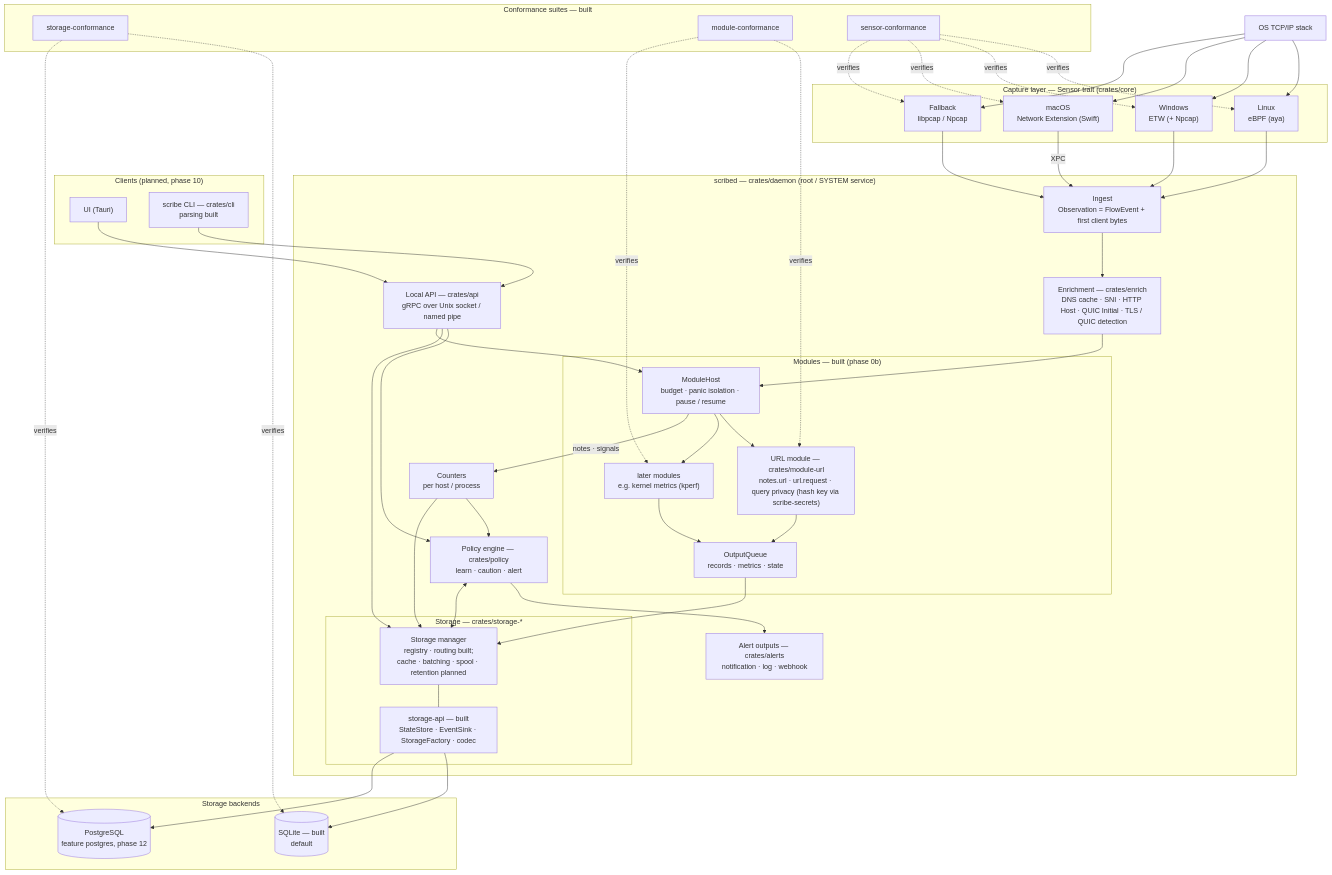
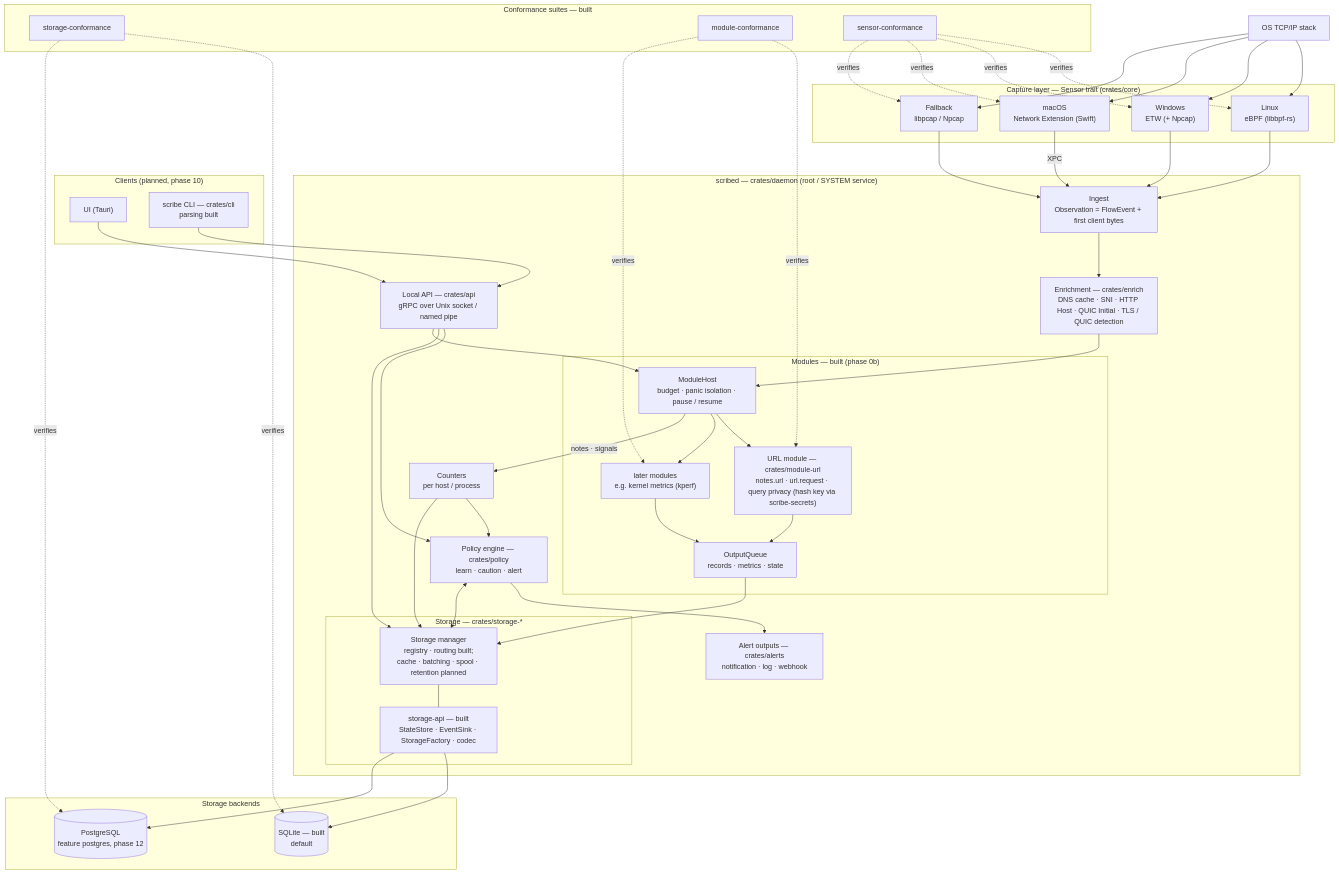
Before and after one commit to savex/scribe: the first of 8 diagrams in workfiles/diagram.md, drawn with Mermaid. The commit also changed 6 other files, not shown here.

Commit message:
Plan: Linux eBPF sensor as option 7B (libbpf-rs, C programs)

````diff
--- a/workfiles/diagram.md
+++ b/workfiles/diagram.md
@@ -20,70 +20,70 @@
 ```mermaid
 flowchart TB
     subgraph clients["Clients (planned, phase 10)"]
         ui["UI (Tauri)"]
         cli["scribe CLI — crates/cli<br/>parsing built"]
     end
 
     subgraph daemon["scribed — crates/daemon (root / SYSTEM service)"]
         api["Local API — crates/api<br/>gRPC over Unix socket / named pipe"]
         ingest["Ingest<br/>Observation = FlowEvent + first client bytes"]
         enrich["Enrichment — crates/enrich<br/>DNS cache · SNI · HTTP Host · QUIC Initial · TLS / QUIC detection"]
         subgraph mods["Modules — built (phase 0b)"]
             host["ModuleHost<br/>budget · panic isolation · pause / resume"]
             url["URL module — crates/module-url<br/>notes.url · url.request · query privacy (hash key via scribe-secrets)"]
             later["later modules<br/>e.g. kernel metrics (kperf)"]
             queue["OutputQueue<br/>records · metrics · state"]
         end
         agg["Counters<br/>per host / process"]
         policy["Policy engine — crates/policy<br/>learn · caution · alert"]
         alerts["Alert outputs — crates/alerts<br/>notification · log · webhook"]
 
         subgraph storage["Storage — crates/storage-*"]
             manager["Storage manager<br/>registry · routing built;<br/>cache · batching · spool · retention planned"]
             api_traits["storage-api — built<br/>StateStore · EventSink · StorageFactory · codec"]
         end
     end
 
     subgraph backends["Storage backends"]
         sqlite[("SQLite — built<br/>default")]
         pg[("PostgreSQL<br/>feature postgres, phase 12")]
     end
 
     subgraph conformance["Conformance suites — built"]
         sconf["storage-conformance"]
         mconf["module-conformance"]
         snconf["sensor-conformance"]
     end
 
     subgraph sensors["Capture layer — Sensor trait (crates/core)"]
-        linux["Linux<br/>eBPF (aya)"]
+        linux["Linux<br/>eBPF (libbpf-rs)"]
         win["Windows<br/>ETW (+ Npcap)"]
         mac["macOS<br/>Network Extension (Swift)"]
         pcap["Fallback<br/>libpcap / Npcap"]
     end
 
     kernel["OS TCP/IP stack"]
 
     ui --> api
     cli --> api
     api --> policy
     api --> manager
     api --> host
 
     kernel --> linux & win & mac & pcap
     linux & win & pcap --> ingest
     mac -- XPC --> ingest
 
     ingest --> enrich --> host
     host --> url & later
     host -- notes · signals --> agg --> policy
     url & later --> queue --> manager
     policy --> alerts
     policy <--> manager
     agg --> manager
     manager --- api_traits
     api_traits --> sqlite & pg
     sconf -. verifies .-> sqlite & pg
     mconf -. verifies .-> url & later
     snconf -. verifies .-> linux & win & mac & pcap
 ```
````
